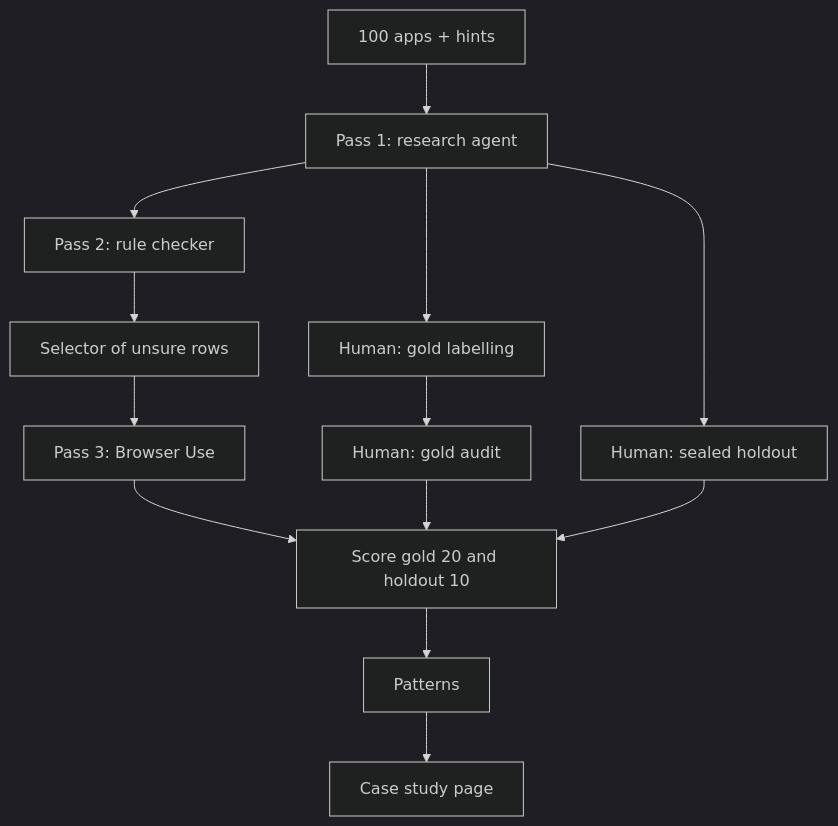
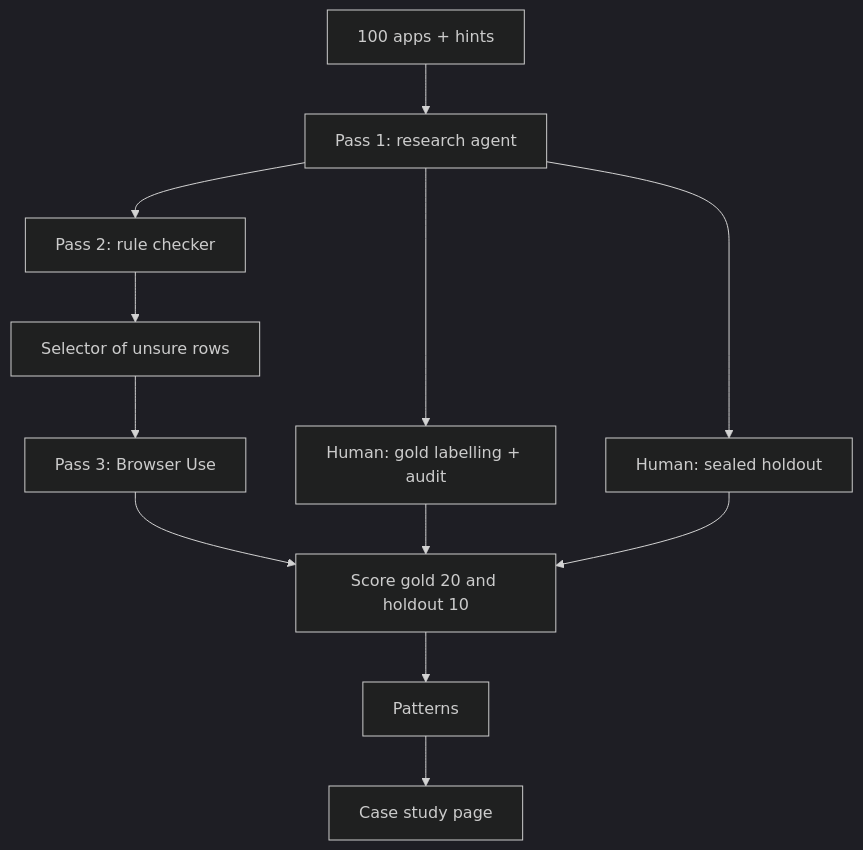
Before and after one commit to adithyaprad/composio-app-research: the diagram in README.md, drawn with Mermaid (dark theme). The commit also changed other lines of this file and 1 other file, not shown here.

````diff
--- a/README.md
+++ b/README.md
@@ -52,15 +28,14 @@
 ```mermaid
 flowchart TD
   list["100 apps + hints"] --> pass1["Pass 1: research agent"]
   pass1 --> pass2["Pass 2: rule checker"]
   pass2 --> sel["Selector of unsure rows"]
   sel --> pass3["Pass 3: Browser Use"]
   pass3 --> score["Score gold 20 and holdout 10"]
-  pass1 --> hgold["Human: gold labelling"]
-  hgold --> haudit["Human: gold audit"]
-  haudit --> score
+  pass1 --> hgold["Human: gold labelling + audit"]
+  hgold --> score
   pass1 --> hhold["Human: sealed holdout"]
   hhold --> score
   score --> pat["Patterns"]
   pat --> page["Case study page"]
 ```
````
